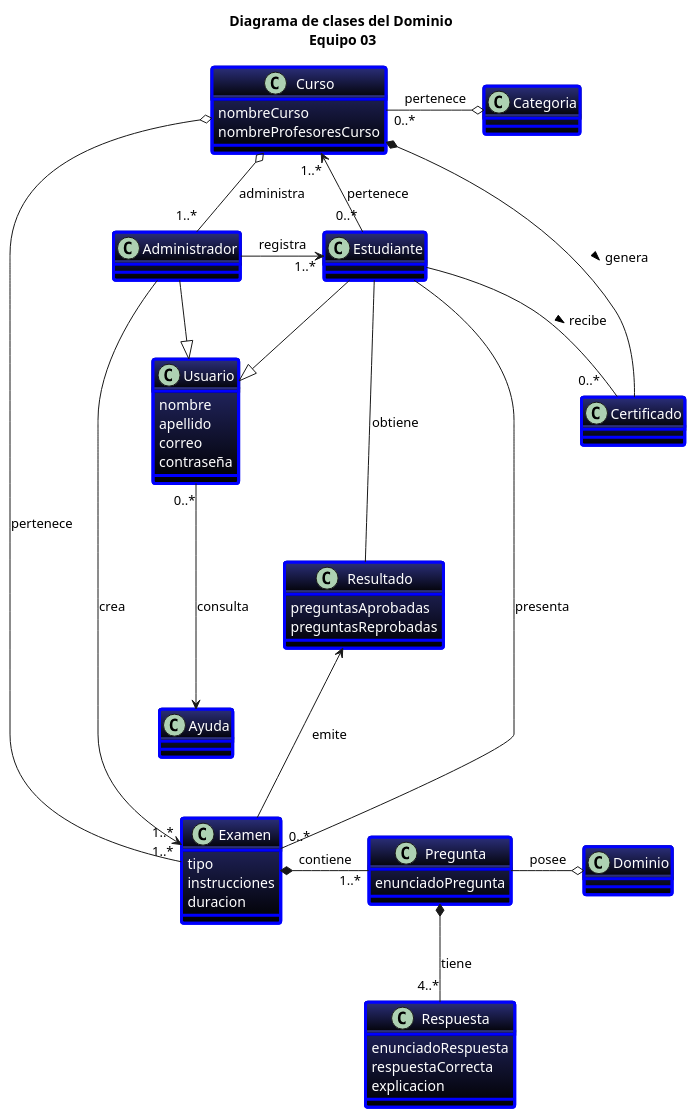
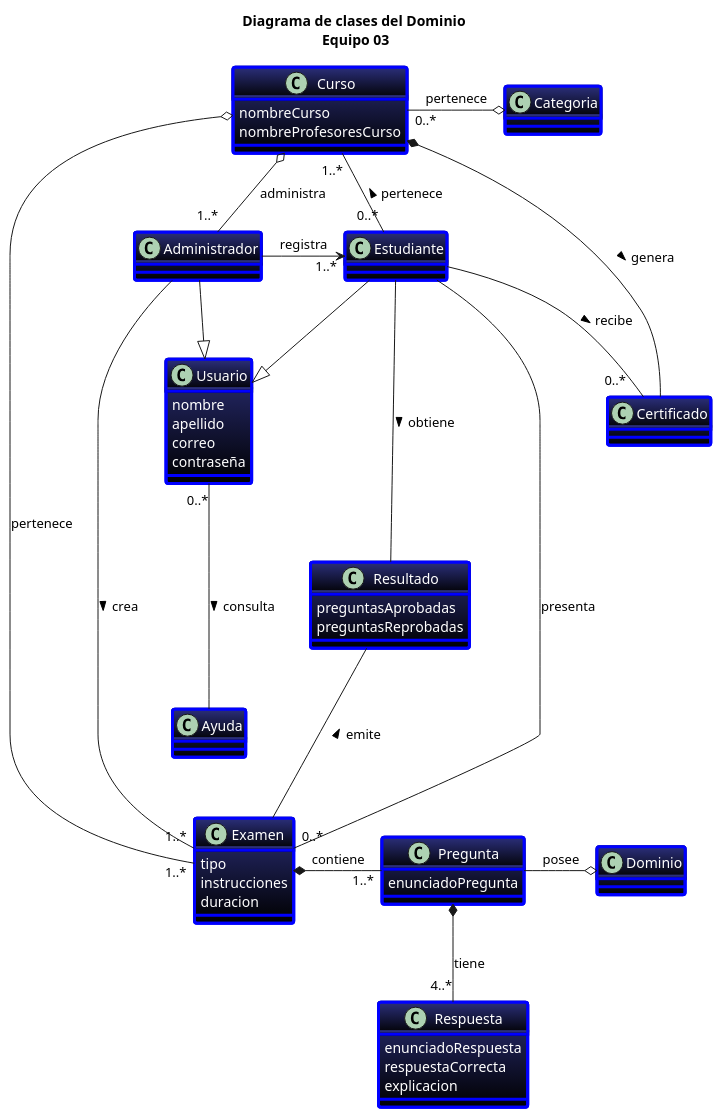
Before and after one commit to febres35/EdTech_IS: the diagram in docs/scenariosView/diagramaClasesDominio.plantuml, drawn with PlantUML.

Commit message:
Sustitucion flechas negras por direccion

```diff
--- a/docs/scenariosView/diagramaClasesDominio.plantuml
+++ b/docs/scenariosView/diagramaClasesDominio.plantuml
@@ -1,77 +1,77 @@
 @startuml "Diagrama de clases"
 
 title "Diagrama de clases del Dominio\n Equipo 03"
 
 skinparam Class{
   BackgroundColor 2B2F7B-black
   AttributeFontColor white
   BorderThickness 3
   BorderColor blue
 }
 class Usuario{
   nombre
   apellido
   correo
   contraseña 
 }
 class Administrador
 
 class Estudiante{
 }
 
 class Ayuda
 
 class Curso{
   nombreCurso
   nombreProfesoresCurso
 }
 class Categoria
 
 class Examen{
   tipo
   instrucciones
   duracion
 }
 class Resultado{
   preguntasAprobadas
   preguntasReprobadas
 }
 
 class Pregunta{
   enunciadoPregunta
 }
 
 class Dominio
 
 class Respuesta{
   enunciadoRespuesta
   respuestaCorrecta
   explicacion
 }
 class Certificado{
 }
 
 Usuario <|-left- Administrador
 Usuario <|-up- Estudiante
-Usuario "0..*"---> Ayuda: consulta
+Usuario "0..*"--- Ayuda: > consulta
 
-Administrador --> "1..*"Examen: crea
+Administrador -- "1..*"Examen: > crea
 Administrador -right-> "     1..*"Estudiante: registra
 Administrador "    1..*"-up-o Curso: administra
 
-Estudiante "0..*"-right->"    1..*"Curso: pertenece
+Estudiante "0..*"-right-"    1..*"Curso: > pertenece
 Estudiante -right- "0..*"Examen: presenta
 Estudiante -- "0..*   "Certificado: > recibe
-Estudiante --- Resultado: "obtiene          "
+Estudiante --- Resultado: > obtiene
 
 Examen *-right- "1..*"Pregunta: contiene
-Examen -up--> Resultado: emite
+Examen -up-- Resultado: > emite
 
 Pregunta *-down- "4..*" Respuesta: tiene
 Pregunta -right-o Dominio: posee
 
 Curso "0..*" -right-o Categoria: pertenece
 Curso o----- "1..*"Examen: pertenece
 Curso *- Certificado: > genera
 
 @enduml
```
